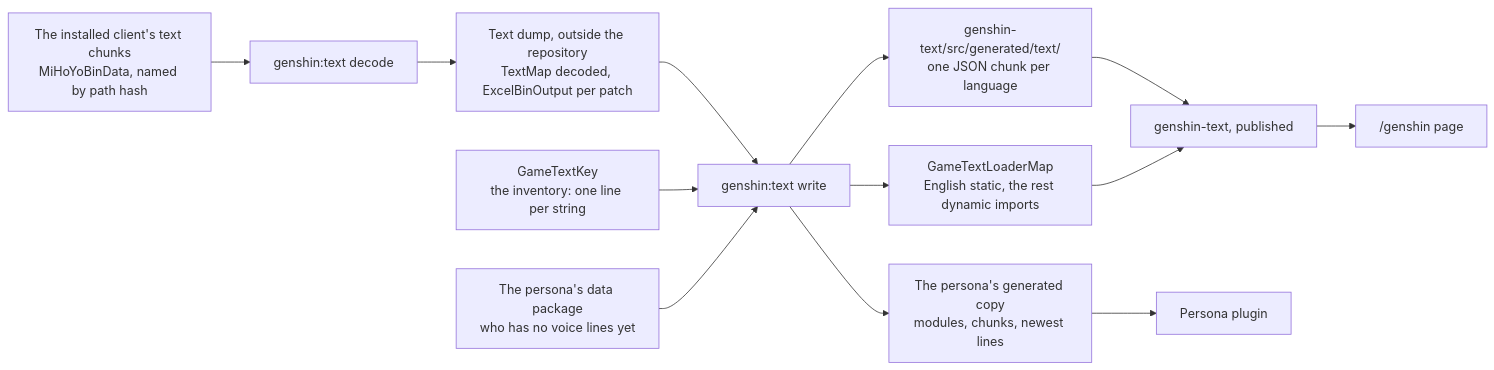
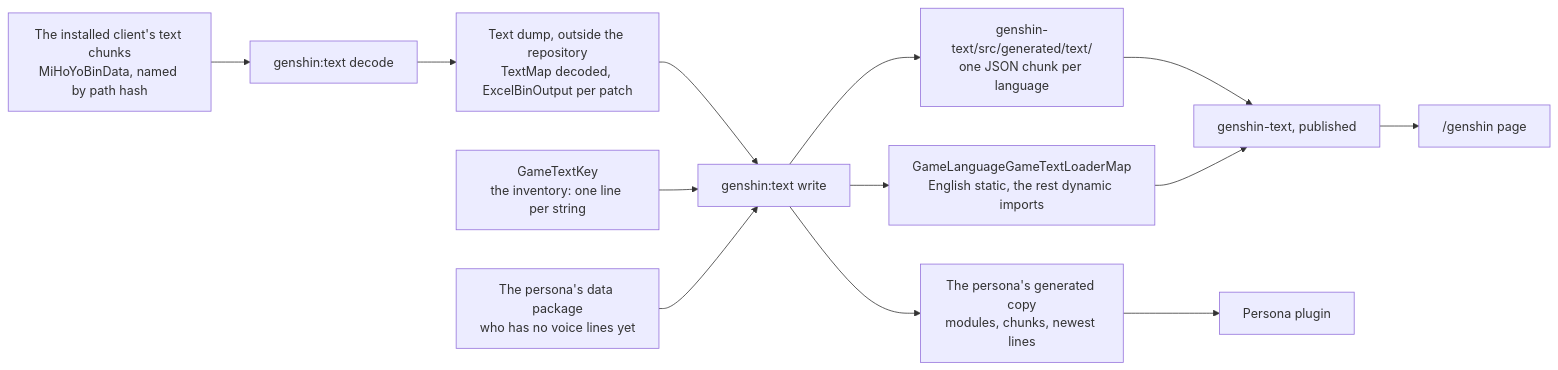
Before and after one commit to Esposter/Esposter: the first of 2 diagrams in openspec/specs/genshin/game-text/design.md, drawn with Mermaid. The commit also changed other lines of this file and 24 other files, not shown here.

First line of the commit message:
fix(genshin-text): the loader map is named by its key, GameLanguage, first

````diff
--- a/openspec/specs/genshin/game-text/design.md
+++ b/openspec/specs/genshin/game-text/design.md
@@ -9,15 +9,15 @@
 ```mermaid
 flowchart LR
   Install["The installed client's text chunks<br/>MiHoYoBinData, named by path hash"] --> Decode["genshin:text decode"]
   Decode --> Dump["Text dump, outside the repository<br/>TextMap decoded, ExcelBinOutput per patch"]
   Dump --> Write["genshin:text write"]
   Keys["GameTextKey<br/>the inventory: one line per string"] --> Write
   Roster["The persona's data package<br/>who has no voice lines yet"] --> Write
   Write --> Chunks["genshin-text/src/generated/text/<br/>one JSON chunk per language"]
-  Write --> Loader["GameTextLoaderMap<br/>English static, the rest dynamic imports"]
+  Write --> Loader["GameLanguageGameTextLoaderMap<br/>English static, the rest dynamic imports"]
   Write --> Copy["The persona's generated copy<br/>modules, chunks, newest lines"]
   Chunks --> Package["genshin-text, published"]
   Loader --> Package
   Package --> App["/genshin page"]
   Copy --> Persona["Persona plugin"]
 ```
````
